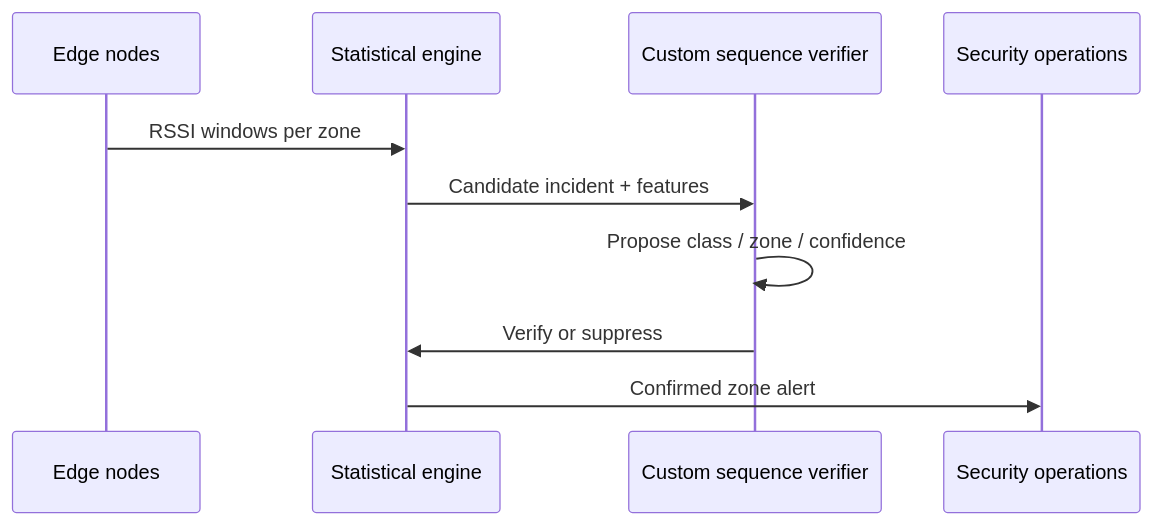
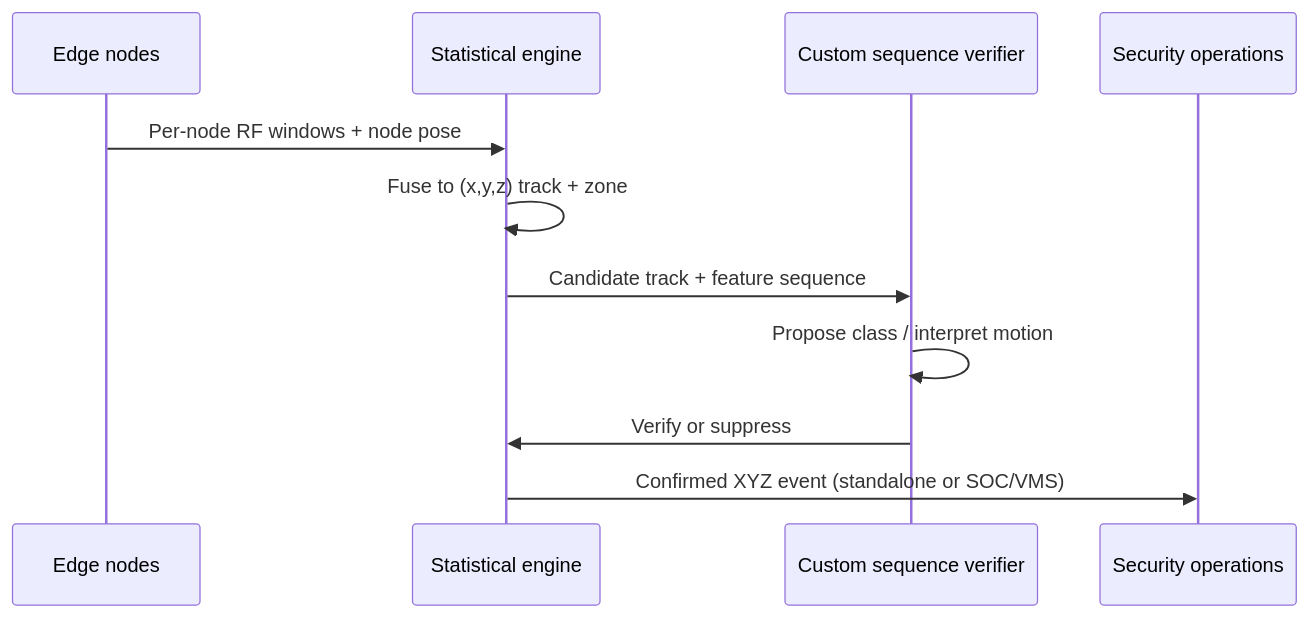
One commit to Ozgurooozer/CSentor changed the third of 3 diagrams in PORTFOLIO.md. Above: the diagram before and after it, drawn with Mermaid. The commit also changed other lines of this file and 2 other files, not shown here.

Commit message:
Document ESP32 grid XYZ tracking and ML integration for Tremium prototype

````diff
--- a/PORTFOLIO.md
+++ b/PORTFOLIO.md
@@ -157,13 +214,14 @@
 ```mermaid
 sequenceDiagram
     participant Edge as Edge nodes
     participant Rule as Statistical engine
     participant ML as Custom sequence verifier
     participant Ops as Security operations
 
-    Edge->>Rule: RSSI windows per zone
-    Rule->>ML: Candidate incident + features
-    ML->>ML: Propose class / zone / confidence
+    Edge->>Rule: Per-node RF windows + node pose
+    Rule->>Rule: Fuse to (x,y,z) track + zone
+    Rule->>ML: Candidate track + feature sequence
+    ML->>ML: Propose class / interpret motion
     ML->>Rule: Verify or suppress
-    Rule->>Ops: Confirmed zone alert
+    Rule->>Ops: Confirmed XYZ event (standalone or SOC/VMS)
 ```
````
